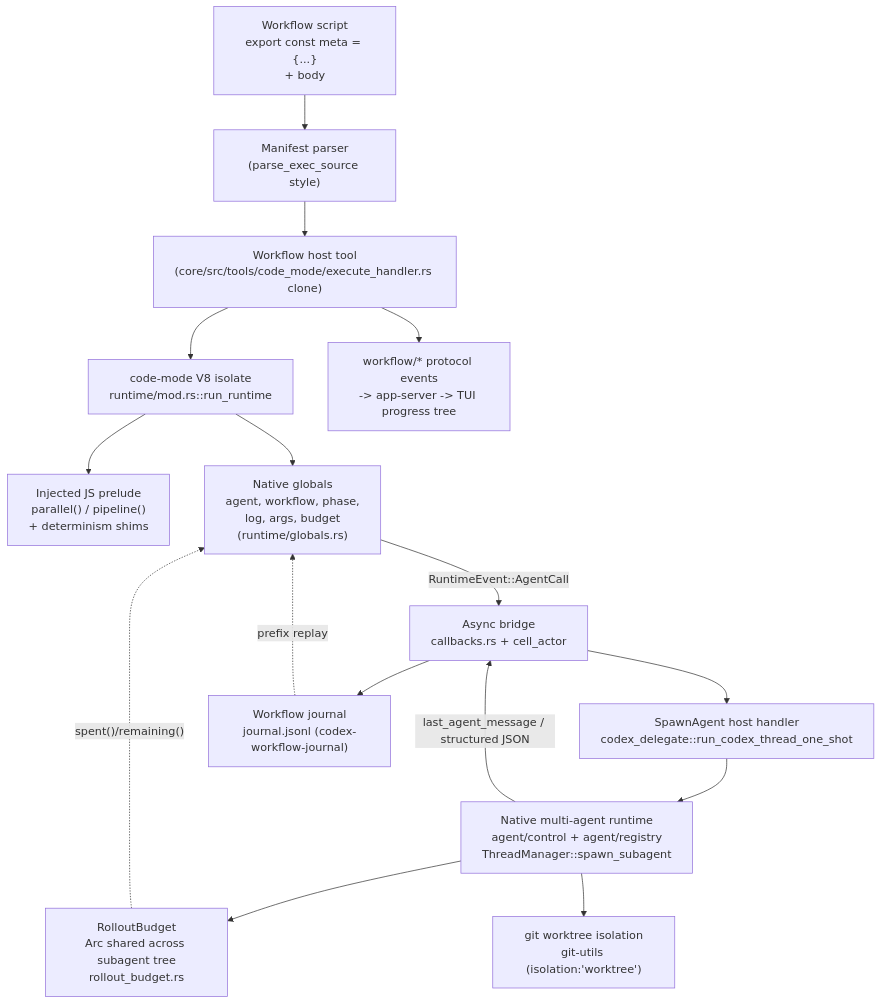
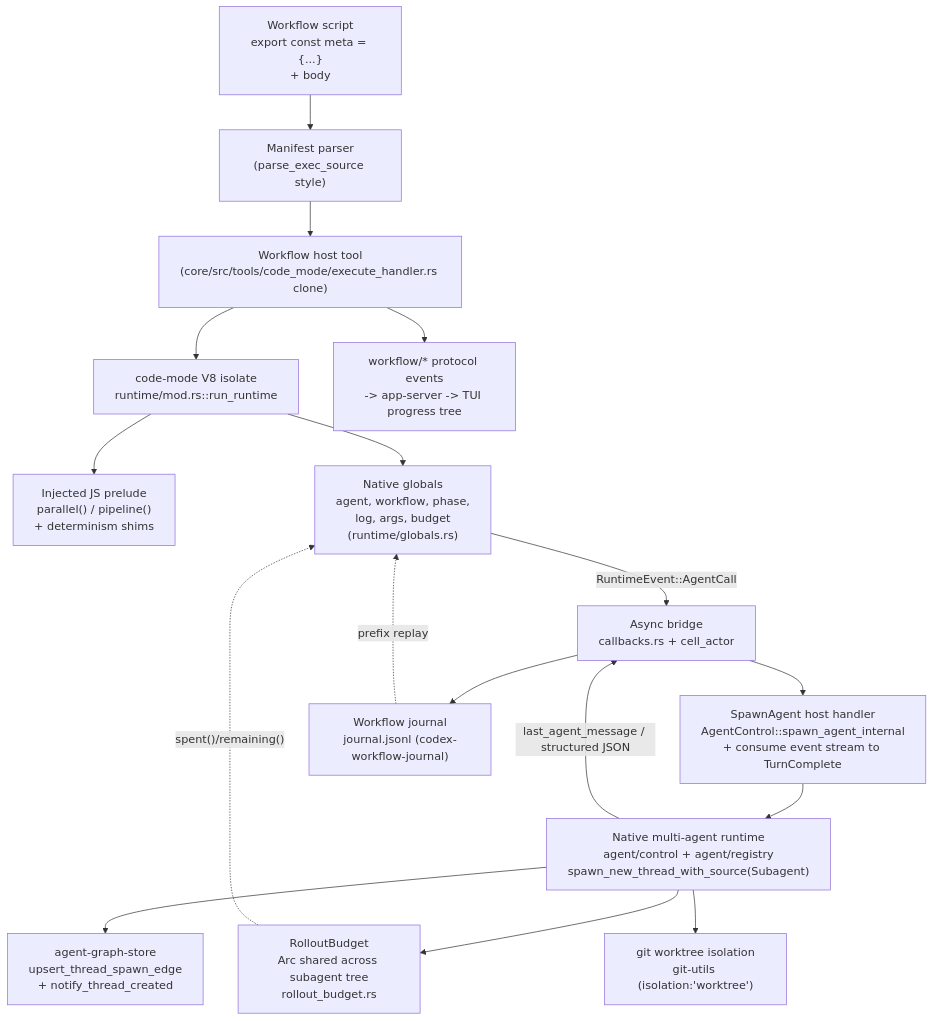
Before and after one commit to kedarkolluri/codex: the diagram in docs/dynamic-workflows-spec.md, drawn with Mermaid. The commit also changed other lines of this file, not shown here.

````diff
--- a/docs/dynamic-workflows-spec.md
+++ b/docs/dynamic-workflows-spec.md
@@ -58,18 +58,19 @@
 ```mermaid
 flowchart TD
     SCRIPT["Workflow script<br/>export const meta = {...}<br/>+ body"] --> META["Manifest parser<br/>(parse_exec_source style)"]
     META --> HOST["Workflow host tool<br/>(core/src/tools/code_mode/execute_handler.rs clone)"]
     HOST --> V8["code-mode V8 isolate<br/>runtime/mod.rs::run_runtime"]
     V8 --> PRELUDE["Injected JS prelude<br/>parallel() / pipeline()<br/>+ determinism shims"]
     V8 --> GLOBALS["Native globals<br/>agent, workflow, phase,<br/>log, args, budget<br/>(runtime/globals.rs)"]
     GLOBALS -->|RuntimeEvent::AgentCall| BRIDGE["Async bridge<br/>callbacks.rs + cell_actor"]
-    BRIDGE --> DELEGATE["SpawnAgent host handler<br/>codex_delegate::run_codex_thread_one_shot"]
-    DELEGATE --> MULTI["Native multi-agent runtime<br/>agent/control + agent/registry<br/>ThreadManager::spawn_subagent"]
+    BRIDGE --> SPAWN["SpawnAgent host handler<br/>AgentControl::spawn_agent_internal<br/>+ consume event stream to TurnComplete"]
+    SPAWN --> MULTI["Native multi-agent runtime<br/>agent/control + agent/registry<br/>spawn_new_thread_with_source(Subagent)"]
     MULTI -->|last_agent_message / structured JSON| BRIDGE
     MULTI --> BUDGET["RolloutBudget<br/>Arc shared across subagent tree<br/>rollout_budget.rs"]
+    MULTI --> EDGE["agent-graph-store<br/>upsert_thread_spawn_edge<br/>+ notify_thread_created"]
     BRIDGE --> JOURNAL["Workflow journal<br/>journal.jsonl (codex-workflow-journal)"]
     BUDGET -.spent()/remaining().-> GLOBALS
     JOURNAL -.prefix replay.-> GLOBALS
     MULTI --> WORKTREE["git worktree isolation<br/>git-utils (isolation:'worktree')"]
     HOST --> EVENTS["workflow/* protocol events<br/>-> app-server -> TUI progress tree"]
 ```
````
